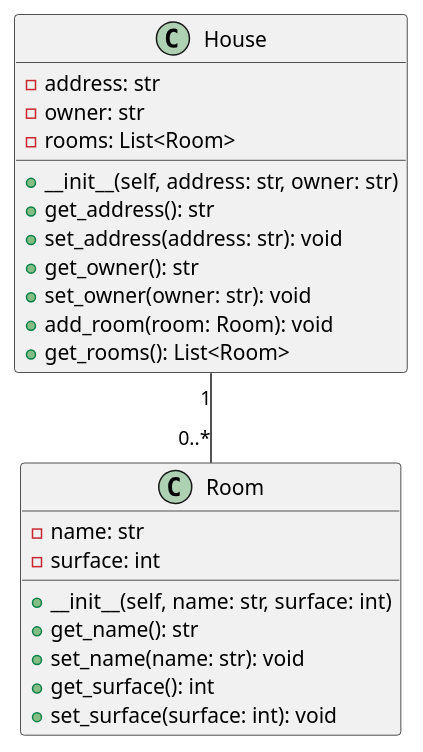
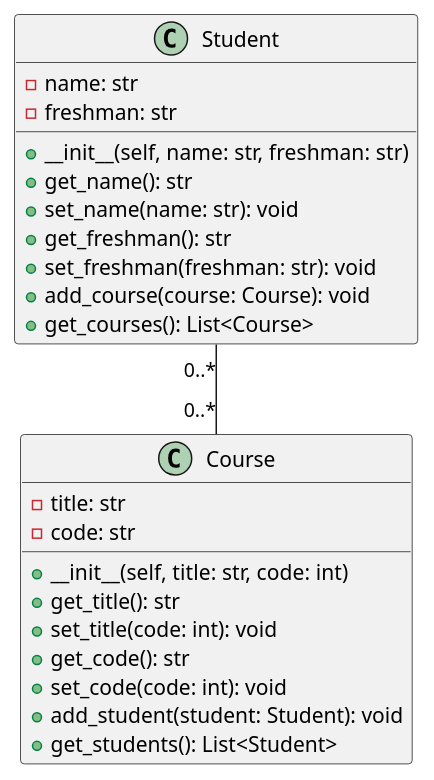
One commit to LucaPontellini/Homepage changed the diagram in Informatica/Esercizi_di_Pyton_nuovi/Diagrammi UML/Pontellini_014.puml. Above: the diagram before and after it, drawn with PlantUML. The commit also changed 1 other file, not shown here.

```diff
--- a/Informatica/Esercizi_di_Pyton_nuovi/Diagrammi UML/Pontellini_014.puml
+++ b/Informatica/Esercizi_di_Pyton_nuovi/Diagrammi UML/Pontellini_014.puml
@@ -1,28 +1,29 @@
 @startuml
-class House {
-    - address: str
-    - owner: str
-    - rooms: List<Room>
+class Student {
+    - name: str
+    - freshman: str
     __
-    + __init__(self, address: str, owner: str)
-    + get_address(): str
-    + set_address(address: str): void
-    + get_owner(): str
-    + set_owner(owner: str): void
-    + add_room(room: Room): void
-    + get_rooms(): List<Room>
+    + __init__(self, name: str, freshman: str)
+    + get_name(): str
+    + set_name(name: str): void
+    + get_freshman(): str
+    + set_freshman(freshman: str): void
+    + add_course(course: Course): void
+    + get_courses(): List<Course>
 }
 
-class Room {
-    - name: str
-    - surface: int
+class Course {
+    - title: str
+    - code: str
     __
-    + __init__(self, name: str, surface: int)
-    + get_name(): str
-    + set_name(name: str): void
-    + get_surface(): int
-    + set_surface(surface: int): void
+    + __init__(self, title: str, code: int)
+    + get_title(): str
+    + set_title(code: int): void
+    + get_code(): str
+    + set_code(code: int): void
+    + add_student(student: Student): void
+    + get_students(): List<Student>
 }
 
-House "1" -- "0..*" Room
+Student "0..*" -- "0..*" Course
 @enduml
```
